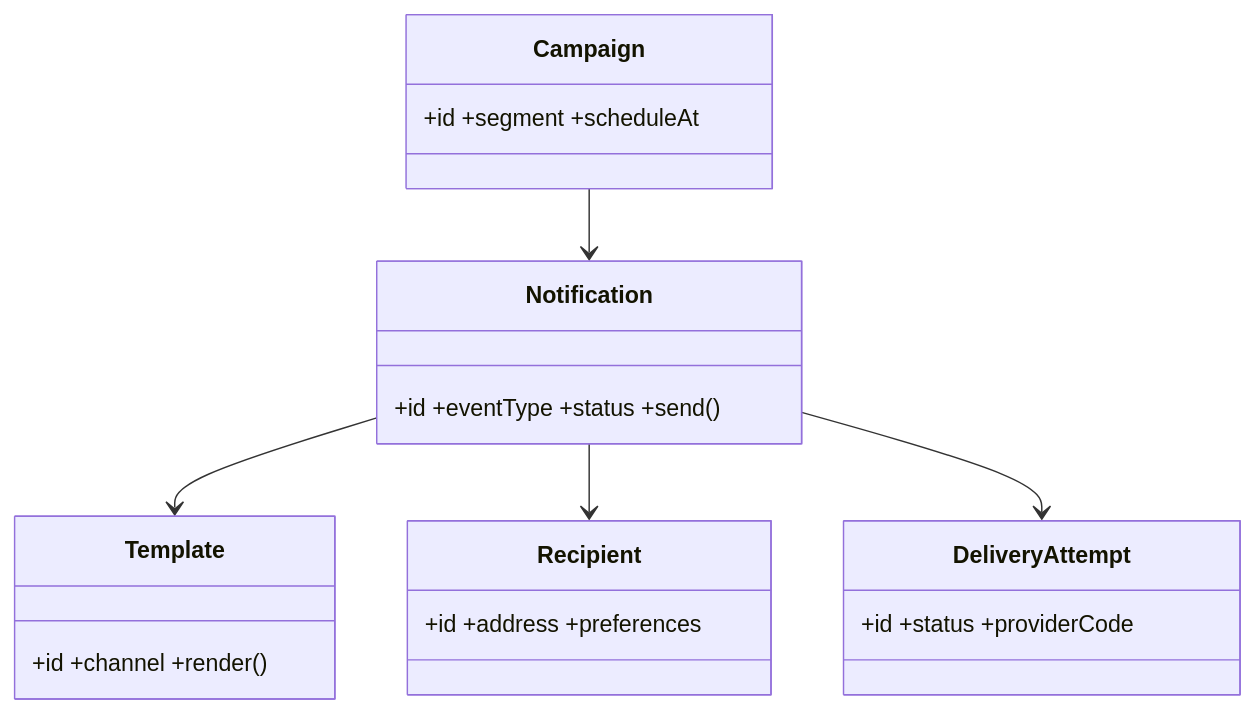
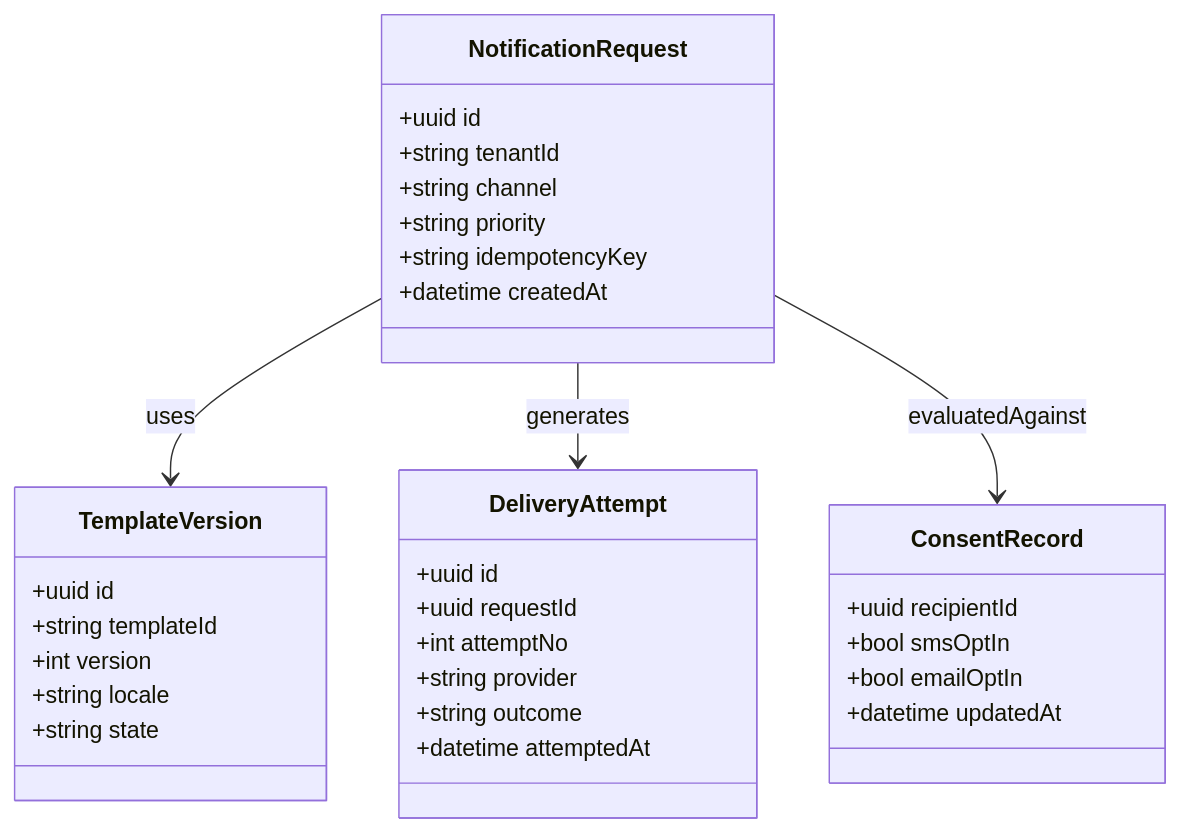
One commit to 0Ankit0/Project-Ideas changed the diagram in Messaging and Notification Platform/detailed-design/class-diagrams.md. Above: the diagram before and after it, drawn with Mermaid. The commit also changed other lines of this file and 37 other files, not shown here.

Commit message:
Make messaging docs implementation-ready with detailed diagrams and runbooks

````diff
--- a/Messaging and Notification Platform/detailed-design/class-diagrams.md
+++ b/Messaging and Notification Platform/detailed-design/class-diagrams.md
@@ -3,12 +10,35 @@
 ```mermaid
 classDiagram
-  class Notification {+id +eventType +status +send()}
-  class Template {+id +channel +render()}
-  class Recipient {+id +address +preferences}
-  class DeliveryAttempt {+id +status +providerCode}
-  class Campaign {+id +segment +scheduleAt}
-  Notification --> Template
-  Notification --> Recipient
-  Notification --> DeliveryAttempt
-  Campaign --> Notification
+  class NotificationRequest {
+    +uuid id
+    +string tenantId
+    +string channel
+    +string priority
+    +string idempotencyKey
+    +datetime createdAt
+  }
+  class TemplateVersion {
+    +uuid id
+    +string templateId
+    +int version
+    +string locale
+    +string state
+  }
+  class DeliveryAttempt {
+    +uuid id
+    +uuid requestId
+    +int attemptNo
+    +string provider
+    +string outcome
+    +datetime attemptedAt
+  }
+  class ConsentRecord {
+    +uuid recipientId
+    +bool smsOptIn
+    +bool emailOptIn
+    +datetime updatedAt
+  }
+  NotificationRequest --> TemplateVersion : uses
+  NotificationRequest --> DeliveryAttempt : generates
+  NotificationRequest --> ConsentRecord : evaluatedAgainst
 ```
````
